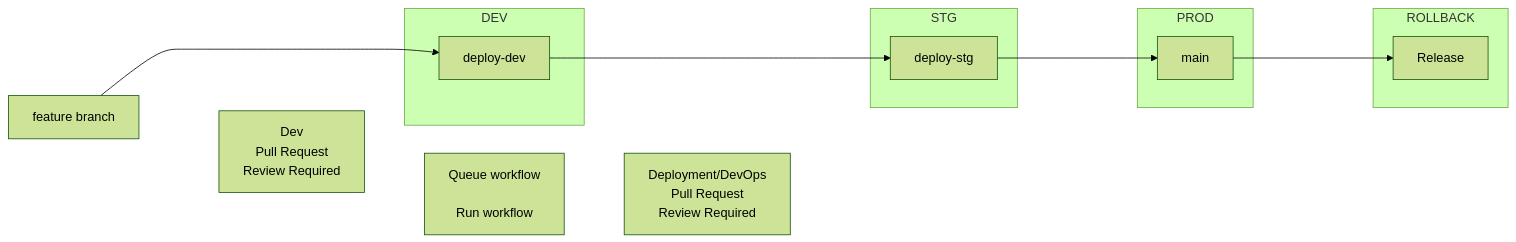
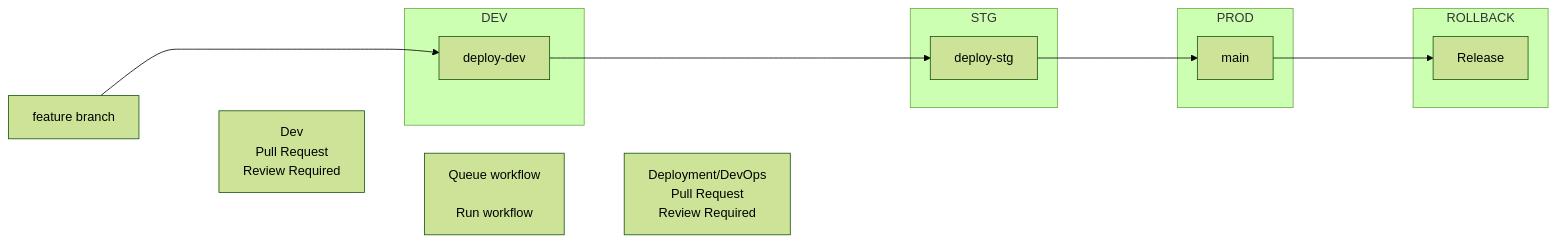
Before and after one commit to fritzramos-gf/Workflows: the diagram in Gates-Workflow.md, drawn with Mermaid (forest theme).

````diff
--- a/Gates-Workflow.md
+++ b/Gates-Workflow.md
@@ -1,35 +1,35 @@
 ```mermaid
 flowchart LR
     A[feature branch] ----> B
     A ~~~ C["Dev\nPull Request\nReview Required"]
     C ~~~ B
     subgraph DEV
         B[deploy-dev]
     end
      C ~~~ G["Queue workflow
         \nRun workflow"]
 
-    B ----> D
+    B -----> D
     G ~~~ H["Deployment/DevOps\nPull Request\nReview Required"]
     subgraph STG
         D[deploy-stg]
     end
     D ----> E
     subgraph PROD
         E[main]
     end
     E ----> F
     subgraph ROLLBACK
         F[Release]
     end
 
 
 
 
 
 
 
 
 
 
 ```
````
